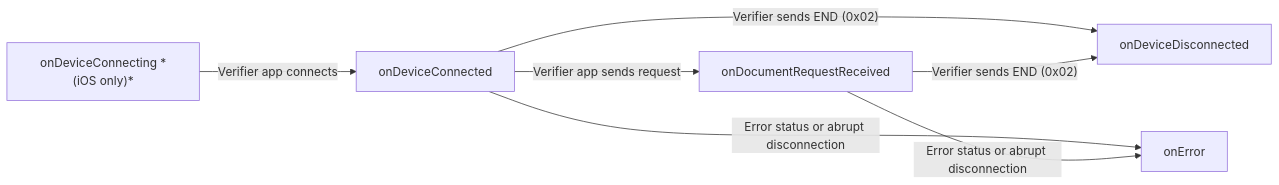
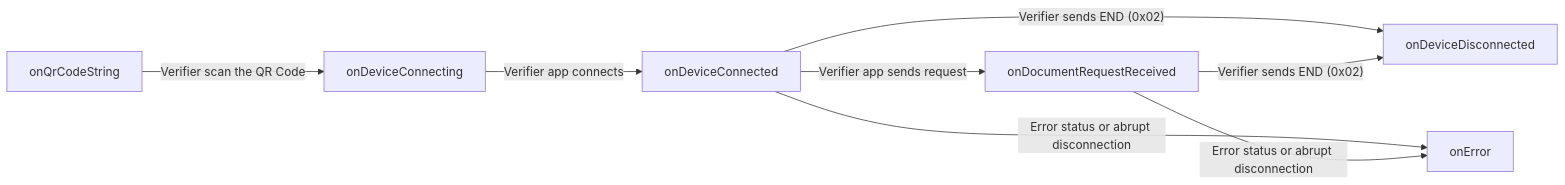
Before and after one commit to pagopa/io-react-native-iso18013: the first of 3 diagrams in src/iso18013/iso18013-5/README.md, drawn with Mermaid. The commit also changed other lines of this file and 28 other files, not shown here.

````diff
--- a/src/iso18013/iso18013-5/README.md
+++ b/src/iso18013/iso18013-5/README.md
@@ -67,17 +74,19 @@
 ```mermaid
 flowchart LR
-    onDeviceConnecting["onDeviceConnecting *(iOS only)*"]
+    onQrCodeString["onQrCodeString"]
+    onDeviceConnecting["onDeviceConnecting"]
     onDeviceConnected["onDeviceConnected"]
     onDocumentRequestReceived["onDocumentRequestReceived"]
     onDeviceDisconnected["onDeviceDisconnected"]
     onError["onError"]
 
+    onQrCodeString -- "Verifier scan the QR Code" --> onDeviceConnecting
     onDeviceConnecting -- "Verifier app connects" --> onDeviceConnected
 
     onDeviceConnected -- "Verifier app sends request" --> onDocumentRequestReceived
     onDeviceConnected -- "Verifier sends END (0x02)" --> onDeviceDisconnected
     onDeviceConnected -- "Error status or abrupt disconnection" --> onError
 
     onDocumentRequestReceived -- "Verifier sends END (0x02)" --> onDeviceDisconnected
     onDocumentRequestReceived -- "Error status or abrupt disconnection" --> onError
 ```
````
